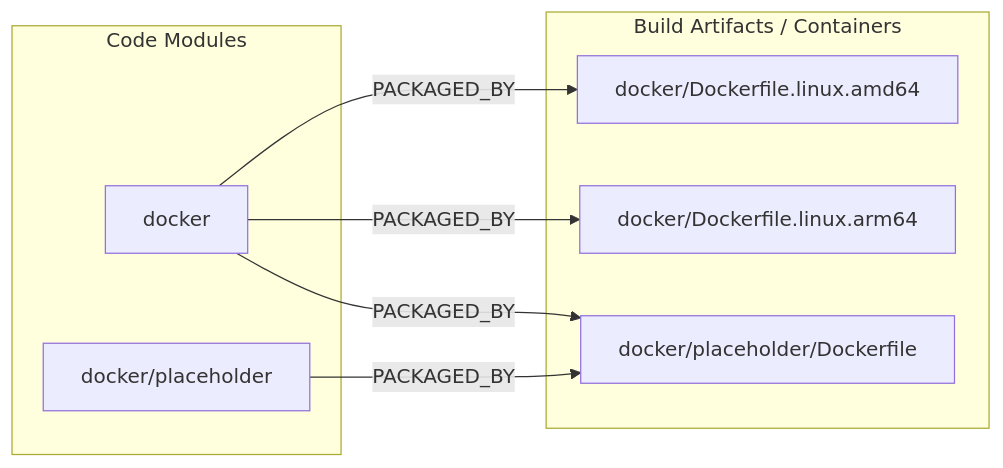
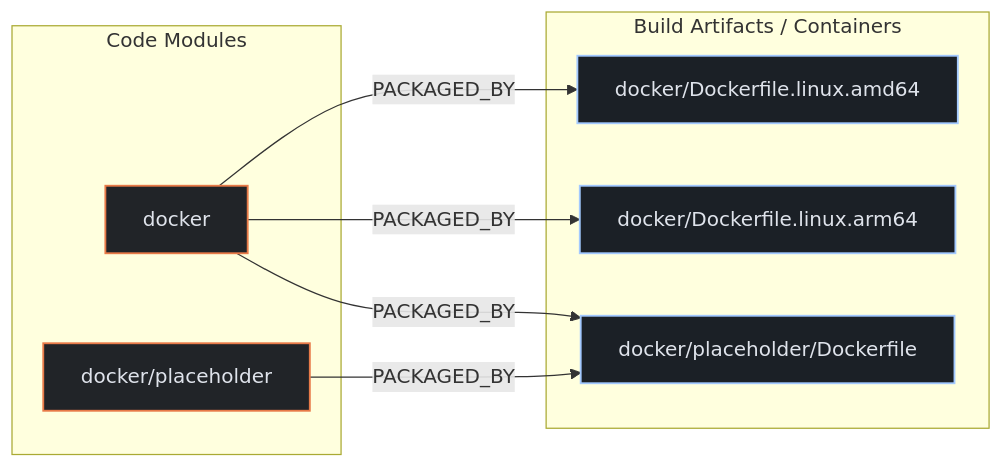
The second of 3 diagrams in exports/latest/reports/drone-runners-drone-runner-kube-report.md (kumarshaz/atruss-code-atlas), drawn with Mermaid before and after one commit. The commit also changed other lines of this file and 331 other files, not shown here.

Commit message:
docs,ui,fix: update SDLC docs, reorder CI/CD DAG first, stylize Mermaid, and fix Arc42 pipeline topology

````diff
--- a/exports/latest/reports/drone-runners-drone-runner-kube-report.md
+++ b/exports/latest/reports/drone-runners-drone-runner-kube-report.md
@@ -192,16 +199,20 @@
 ```mermaid
 flowchart LR
+    classDef atlasCategory fill:#212428,stroke:#E87A48,stroke-width:1.5px,color:#dfe3eb
+    classDef atlasWorkflow fill:#1b2026,stroke:#a3c9ff,stroke-width:1.5px,color:#dfe3eb
+    classDef atlasJob fill:#171c22,stroke:#8d9199,stroke-width:1px,color:#dfe3eb
+    classDef atlasTarget fill:#005227,stroke:#8bd99b,stroke-width:1.5px,color:#a7f6b6
     subgraph code_modules["Code Modules"]
-        mod_docker["docker"]
-        mod_docker_placeholder["docker/placeholder"]
+        mod_docker["docker"]:::atlasCategory
+        mod_docker_placeholder["docker/placeholder"]:::atlasCategory
     end
     subgraph build_artifacts["Build Artifacts / Containers"]
-        art_docker_Dockerfile_linux_amd64["docker/Dockerfile.linux.amd64"]
-        art_docker_Dockerfile_linux_arm64["docker/Dockerfile.linux.arm64"]
-        art_docker_placeholder_Dockerfile["docker/placeholder/Dockerfile"]
+        art_docker_Dockerfile_linux_amd64["docker/Dockerfile.linux.amd64"]:::atlasWorkflow
+        art_docker_Dockerfile_linux_arm64["docker/Dockerfile.linux.arm64"]:::atlasWorkflow
+        art_docker_placeholder_Dockerfile["docker/placeholder/Dockerfile"]:::atlasWorkflow
     end
     mod_docker -->|PACKAGED_BY| art_docker_Dockerfile_linux_amd64
     mod_docker -->|PACKAGED_BY| art_docker_Dockerfile_linux_arm64
     mod_docker -->|PACKAGED_BY| art_docker_placeholder_Dockerfile
     mod_docker_placeholder -->|PACKAGED_BY| art_docker_placeholder_Dockerfile
 ```
````
